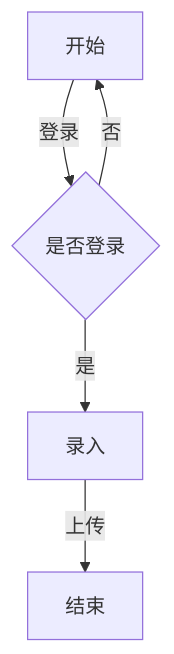
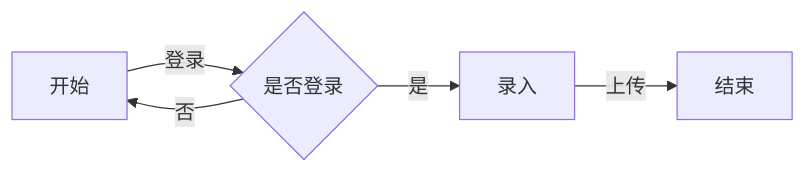
The second of 2 diagrams in 20161017 - 游戏代练系统/文档/《游戏代练系统》需求分析.md (changjingli/project), drawn with Mermaid before and after one commit. The commit also changed other lines of this file and 2 other files, not shown here.

````diff
--- a/20161017 - 游戏代练系统/文档/《游戏代练系统》需求分析.md
+++ b/20161017 - 游戏代练系统/文档/《游戏代练系统》需求分析.md
@@ -47,7 +47,7 @@
    ```mermaid
-   graph TD;
+   graph LR;
        A[开始] --> |登录|B{是否登录};
        B --> |否|A[开始];
        B --> |是|C[录入];
        C --> |上传|D[结束];
    ```
````
